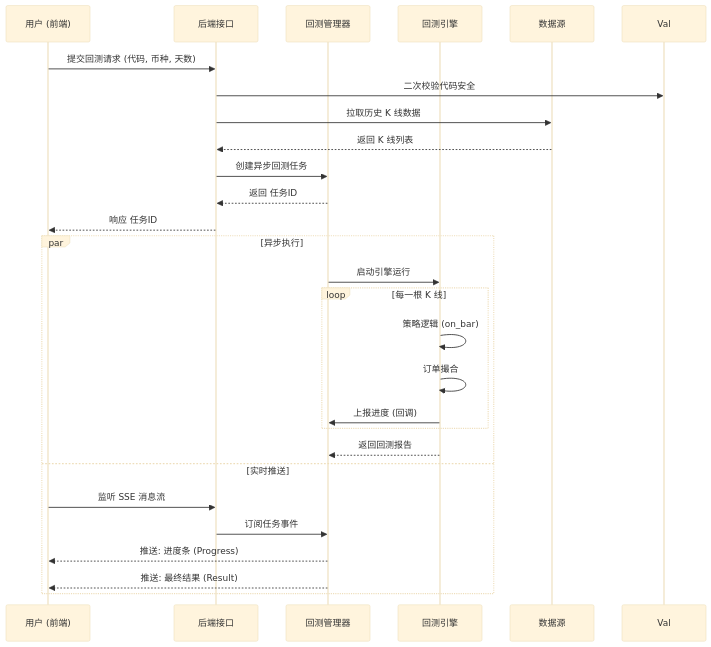
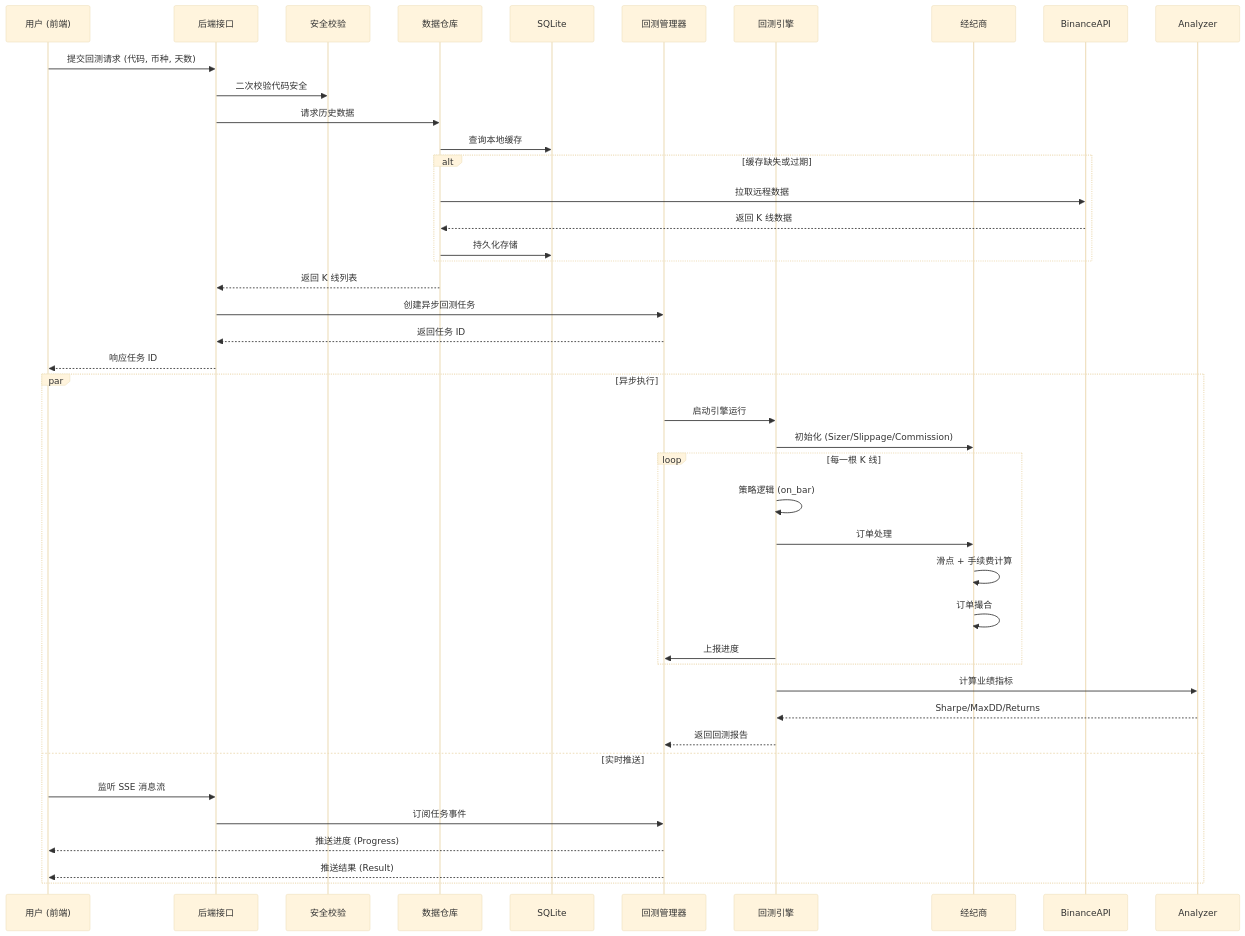
One commit to ivecoGolden/PyQuantAlpha changed the third of 5 diagrams in docs/ARCHITECTURE_DIAGRAM.md. Above: the diagram before and after it, drawn with Mermaid (base theme). The commit also changed other lines of this file and 24 other files, not shown here.

````diff
--- a/docs/ARCHITECTURE_DIAGRAM.md
+++ b/docs/ARCHITECTURE_DIAGRAM.md
@@ -118,31 +169,48 @@
 ```mermaid
 sequenceDiagram
     participant User as 用户 (前端)
     participant API as 后端接口
+    participant Val as 安全校验
+    participant Repo as 数据仓库
+    participant DB as SQLite
     participant Mgr as 回测管理器
     participant Eng as 回测引擎
-    participant Bin as 数据源
+    participant Broker as 经纪商
 
     User->>API: 提交回测请求 (代码, 币种, 天数)
     API->>Val: 二次校验代码安全
-    API->>Bin: 拉取历史 K 线数据
-    Bin-->>API: 返回 K 线列表
+    
+    API->>Repo: 请求历史数据
+    Repo->>DB: 查询本地缓存
+    
+    alt 缓存缺失或过期
+        Repo->>BinanceAPI: 拉取远程数据
+        BinanceAPI-->>Repo: 返回 K 线数据
+        Repo->>DB: 持久化存储
+    end
+    
+    Repo-->>API: 返回 K 线列表
     API->>Mgr: 创建异步回测任务
-    Mgr-->>API: 返回 任务ID
-    API-->>User: 响应 任务ID
+    Mgr-->>API: 返回任务 ID
+    API-->>User: 响应任务 ID
 
     par 异步执行
         Mgr->>Eng: 启动引擎运行
+        Eng->>Broker: 初始化 (Sizer/Slippage/Commission)
         loop 每一根 K 线
             Eng->>Eng: 策略逻辑 (on_bar)
-            Eng->>Eng: 订单撮合
-            Eng->>Mgr: 上报进度 (回调)
+            Eng->>Broker: 订单处理
+            Broker->>Broker: 滑点 + 手续费计算
+            Broker->>Broker: 订单撮合
+            Eng->>Mgr: 上报进度
         end
+        Eng->>Analyzer: 计算业绩指标
+        Analyzer-->>Eng: Sharpe/MaxDD/Returns
         Eng-->>Mgr: 返回回测报告
     and 实时推送
         User->>API: 监听 SSE 消息流
         API->>Mgr: 订阅任务事件
-        Mgr-->>User: 推送: 进度条 (Progress)
-        Mgr-->>User: 推送: 最终结果 (Result)
+        Mgr-->>User: 推送进度 (Progress)
+        Mgr-->>User: 推送结果 (Result)
     end
 ```
````
